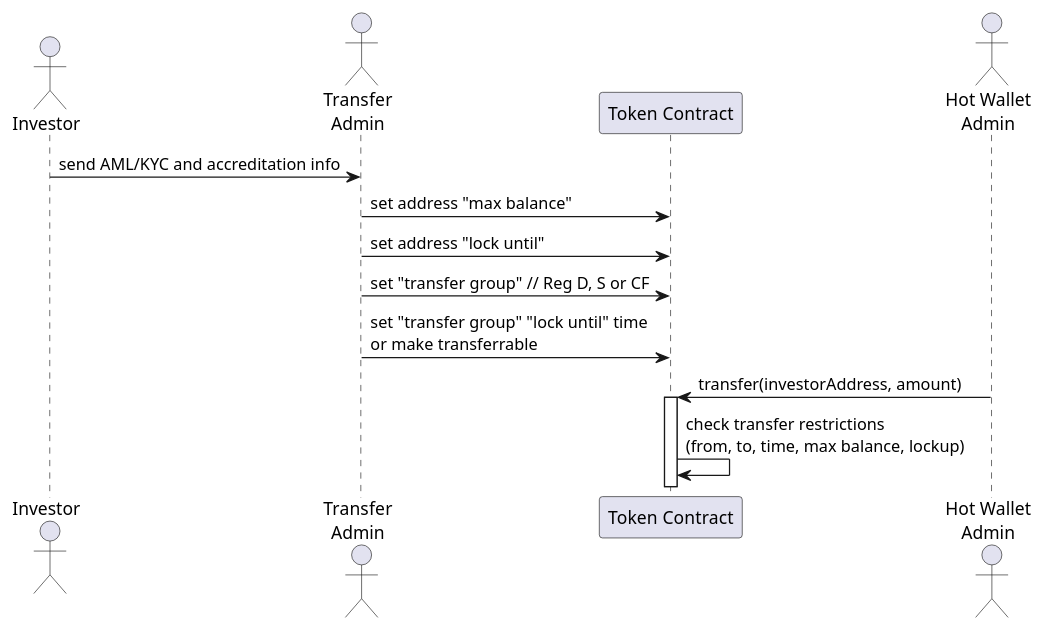
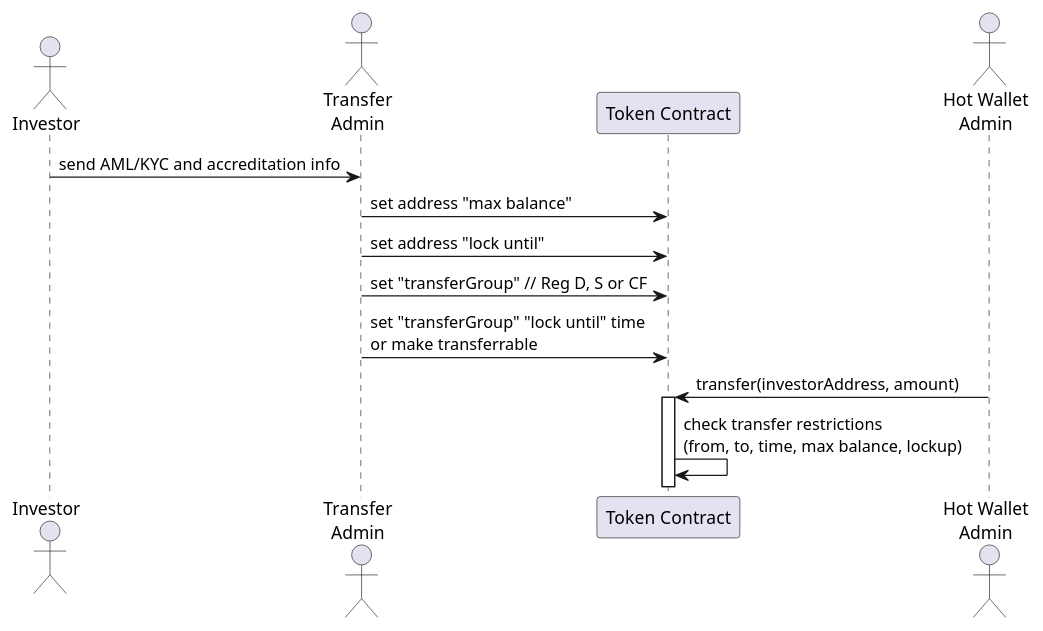
Before and after one commit to CoMakery/algorand-security-token: the first of 2 diagrams in diagrams/diagrams.md, drawn with PlantUML. The commit also changed 7 other files, not shown here.

Commit message:
Rename "transfer group" to "transferGroup"

````diff
--- a/diagrams/diagrams.md
+++ b/diagrams/diagrams.md
@@ -1,18 +1,18 @@
 ```plantuml
 @startuml basic-issuance
 actor "Investor" as Investor
 actor "Transfer\nAdmin" as TAdmin
 participant "Token Contract" as Token
 actor "Hot Wallet\nAdmin" as HAdmin
 
 Investor -> TAdmin: send AML/KYC and accreditation info
 TAdmin -> Token: set address "max balance"
 TAdmin -> Token: set address "lock until" 
-TAdmin -> Token: set "transfer group" // Reg D, S or CF
-TAdmin -> Token: set "transfer group" "lock until" time\nor make transferrable
+TAdmin -> Token: set "transferGroup" // Reg D, S or CF
+TAdmin -> Token: set "transferGroup" "lock until" time\nor make transferrable
 HAdmin -> Token: transfer(investorAddress, amount)
 activate Token
 Token -> Token: check transfer restrictions\n(from, to, time, max balance, lockup)
 
 @enduml
 ```
````
